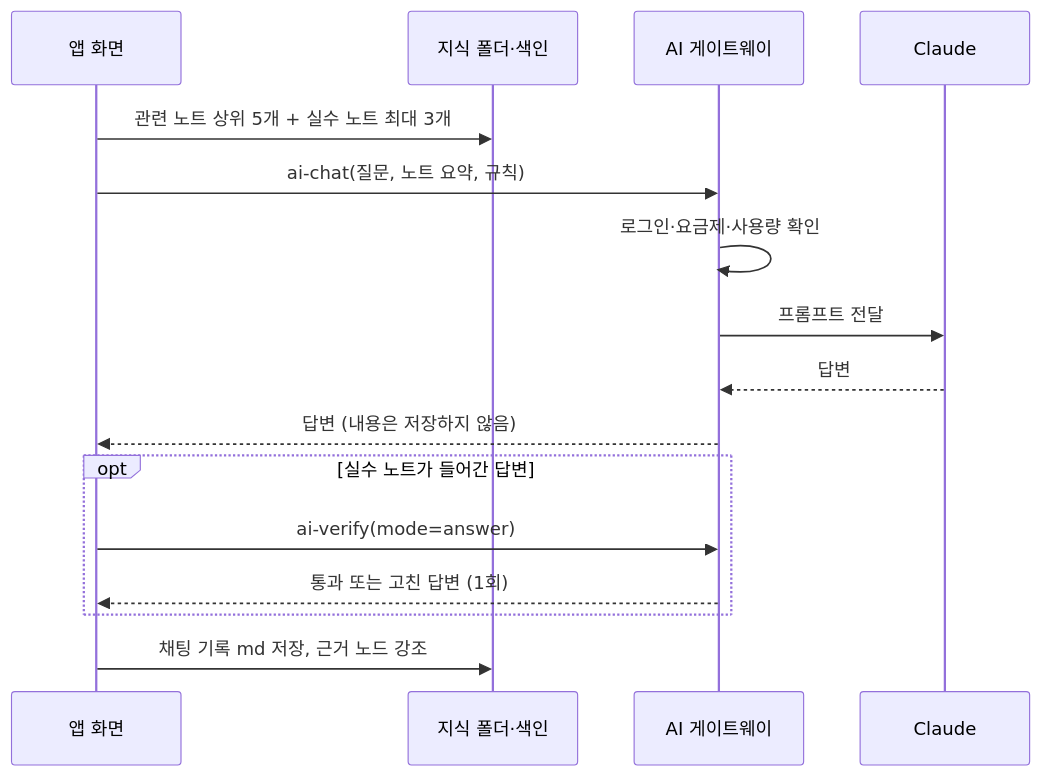
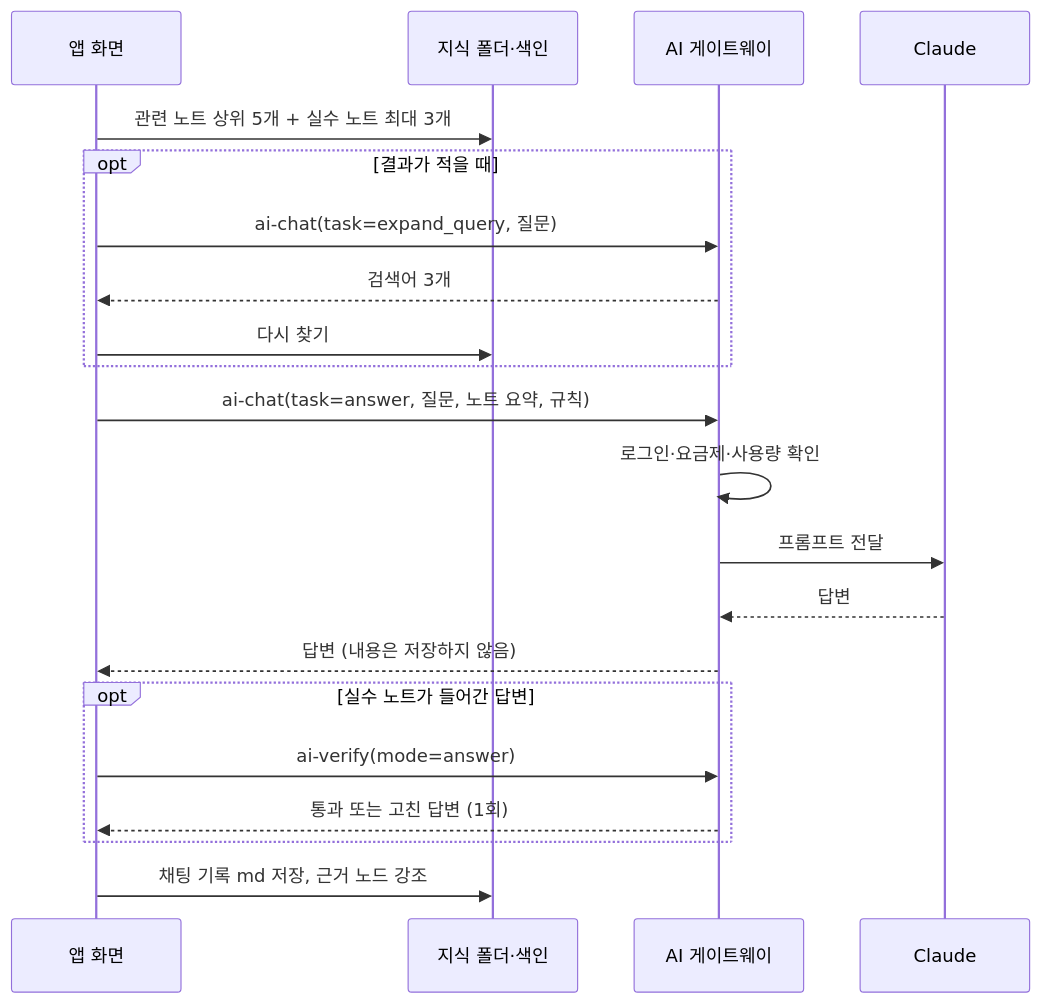
Before and after one commit to konga22/second-brain: the fourth of 6 diagrams in docs/설계서.md, drawn with Mermaid. The commit also changed other lines of this file, not shown here.

````diff
--- a/docs/설계서.md
+++ b/docs/설계서.md
@@ -310,18 +385,23 @@
 ```mermaid
 sequenceDiagram
   participant U as 앱 화면
   participant D as 지식 폴더·색인
   participant F as AI 게이트웨이
   participant C as Claude
   U->>D: 관련 노트 상위 5개 + 실수 노트 최대 3개
-  U->>F: ai-chat(질문, 노트 요약, 규칙)
+  opt 결과가 적을 때
+    U->>F: ai-chat(task=expand_query, 질문)
+    F-->>U: 검색어 3개
+    U->>D: 다시 찾기
+  end
+  U->>F: ai-chat(task=answer, 질문, 노트 요약, 규칙)
   F->>F: 로그인·요금제·사용량 확인
   F->>C: 프롬프트 전달
   C-->>F: 답변
   F-->>U: 답변 (내용은 저장하지 않음)
   opt 실수 노트가 들어간 답변
     U->>F: ai-verify(mode=answer)
     F-->>U: 통과 또는 고친 답변 (1회)
   end
   U->>D: 채팅 기록 md 저장, 근거 노드 강조
 ```
````
